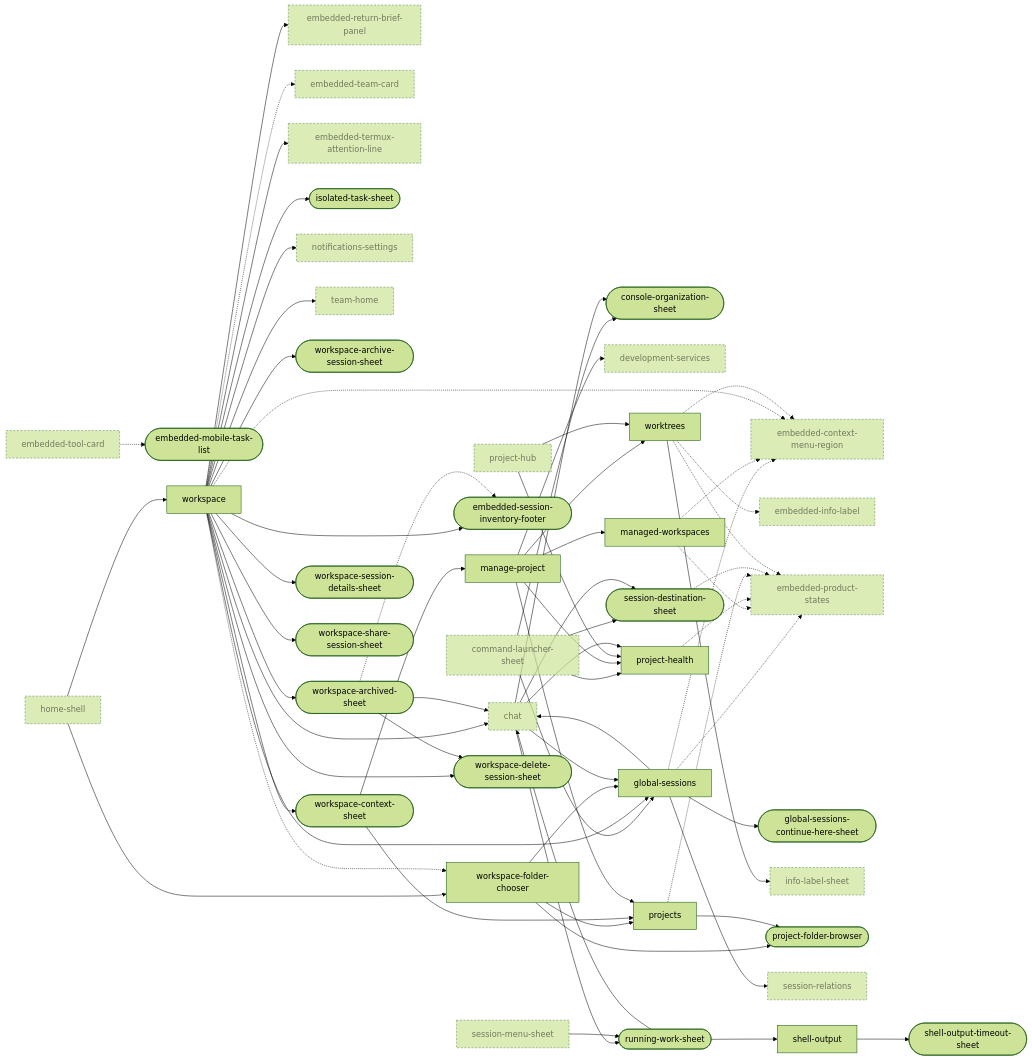
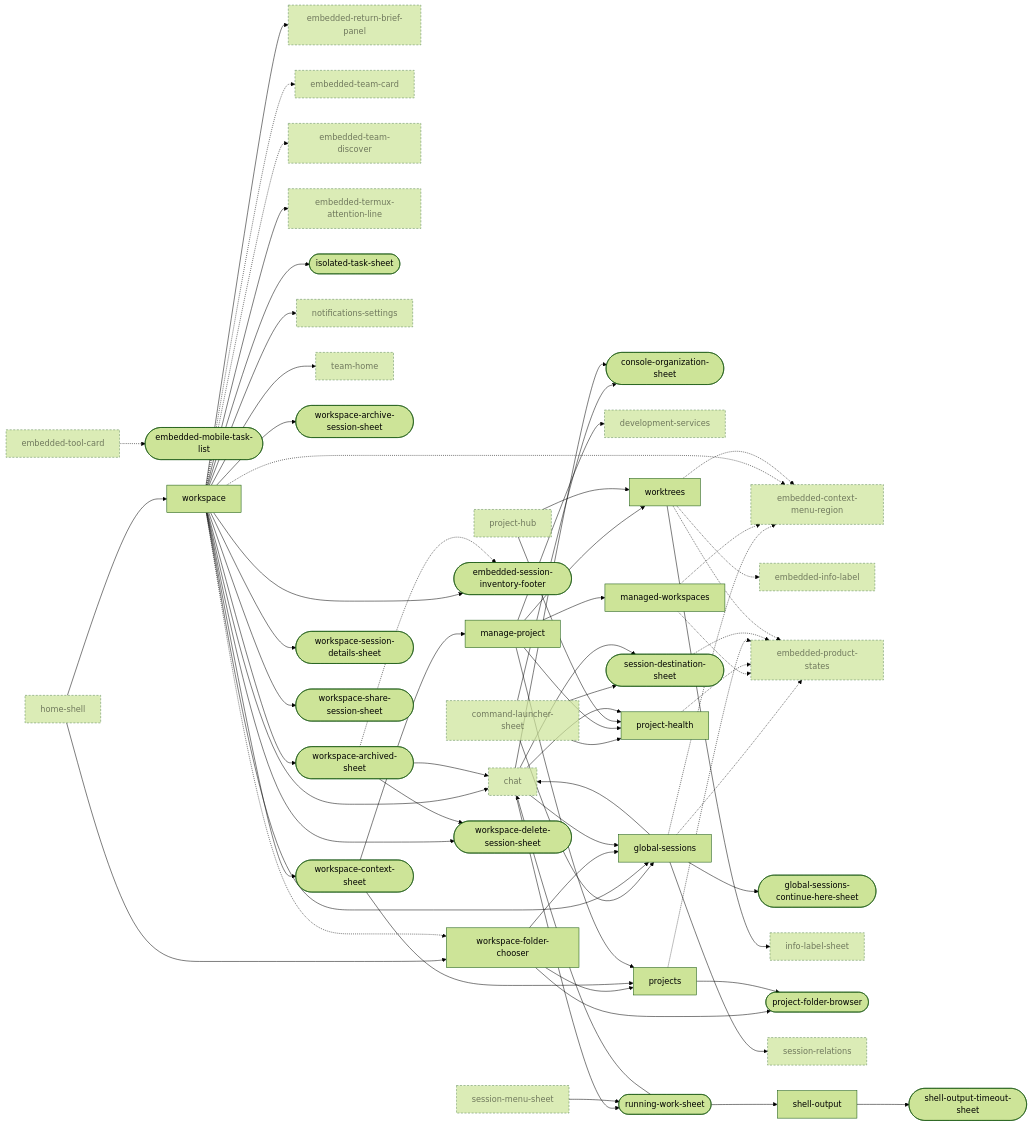
The third of 10 diagrams in docs/design/ui-ledger/navigation.md (Breskott/opencode-mobile-next), drawn with Mermaid (forest theme) before and after one commit. The commit also changed other lines of this file and 46 other files, not shown here.

````diff
--- a/docs/design/ui-ledger/navigation.md
+++ b/docs/design/ui-ledger/navigation.md
@@ -485,6 +485,7 @@
   embedded_return_brief_panel["embedded-return-brief-panel"]:::ext
   embedded_session_inventory_footer(["embedded-session-inventory-footer"])
   embedded_team_card["embedded-team-card"]:::ext
+  embedded_team_discover["embedded-team-discover"]:::ext
   embedded_termux_attention_line["embedded-termux-attention-line"]:::ext
   embedded_tool_card["embedded-tool-card"]:::ext
   global_sessions["global-sessions"]
@@ -577,6 +578,7 @@
   workspace_archived_sheet -.-> embedded_session_inventory_footer
   embedded_tool_card -.-> embedded_mobile_task_list
   workspace -.-> embedded_team_card
+  workspace -.-> embedded_team_discover
   worktrees -.-> embedded_info_label
   classDef ext stroke-dasharray: 4 3,opacity:0.7
 ```
````
